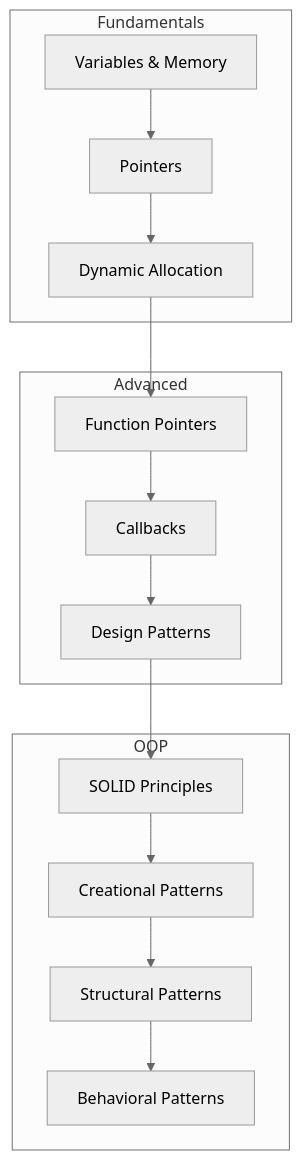
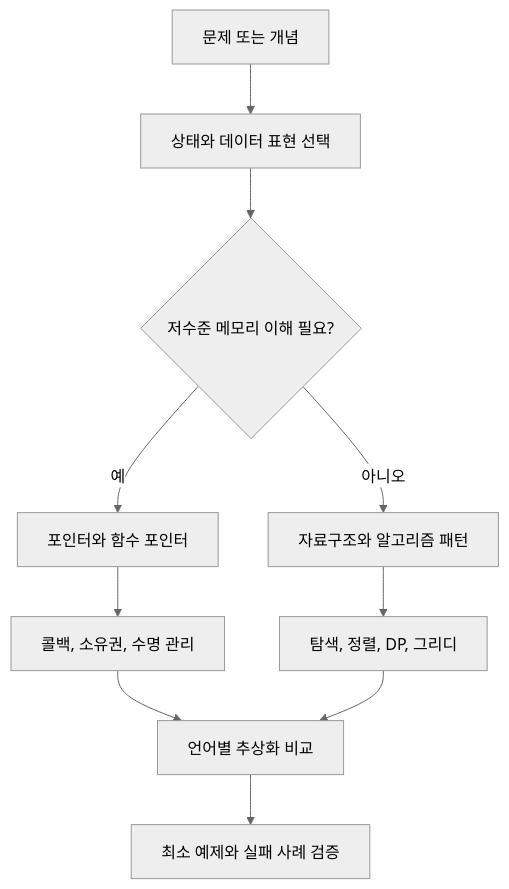
One commit to choisimo/document changed the first of 2 diagrams in content/docs/algorithms/index.md. Above: the diagram before and after it, drawn with Mermaid (neutral theme). The commit also changed other lines of this file and 432 other files, not shown here.

````diff
--- a/content/docs/algorithms/index.md
+++ b/content/docs/algorithms/index.md
@@ -82,20 +64,12 @@
 ```mermaid
 flowchart TD
-    subgraph Fundamentals
-        A[Variables & Memory] --> B[Pointers]
-        B --> C[Dynamic Allocation]
-    end
-    
-    subgraph Advanced
-        C --> D[Function Pointers]
-        D --> E[Callbacks]
-        E --> F[Design Patterns]
-    end
-    
-    subgraph OOP
-        F --> G[SOLID Principles]
-        G --> H[Creational Patterns]
-        H --> I[Structural Patterns]
-        I --> J[Behavioral Patterns]
-    end
+    A[문제 또는 개념] --> B[상태와 데이터 표현 선택]
+    B --> C{저수준 메모리 이해 필요?}
+    C -->|예| D[포인터와 함수 포인터]
+    C -->|아니오| E[자료구조와 알고리즘 패턴]
+    D --> F[콜백, 소유권, 수명 관리]
+    E --> G[탐색, 정렬, DP, 그리디]
+    F --> H[언어별 추상화 비교]
+    G --> H
+    H --> I[최소 예제와 실패 사례 검증]
 ```
````
